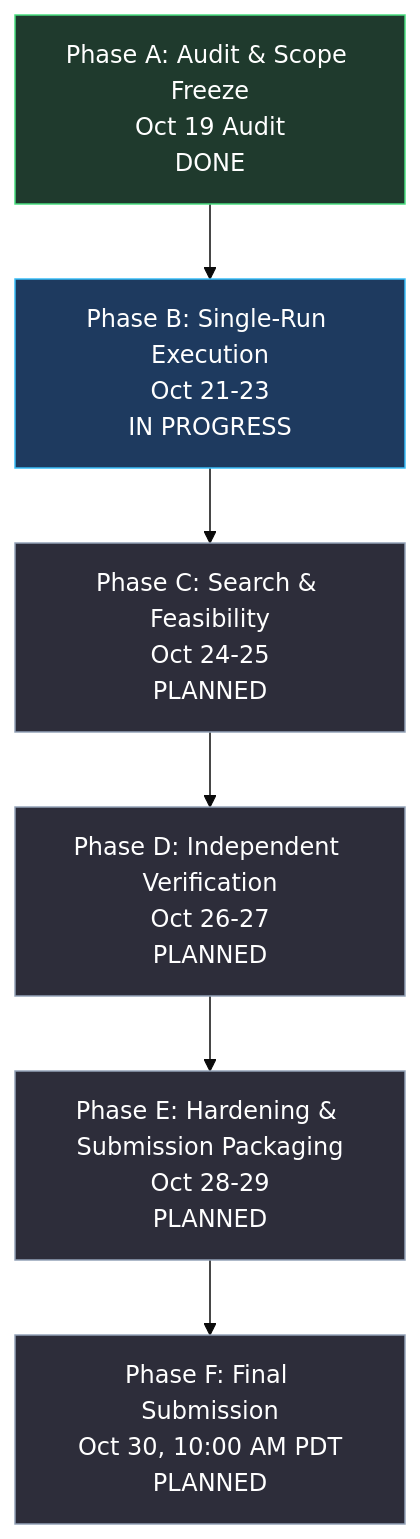
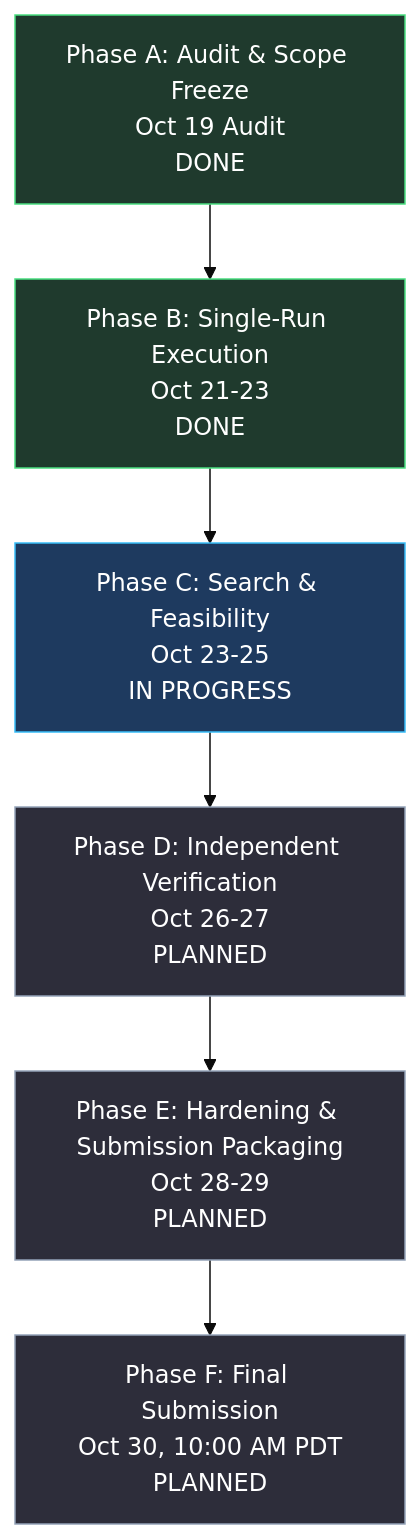
The diagram in ROADMAP.md (dev-paulrajdeep/slokern), drawn with Mermaid (base theme) before and after one commit. The commit also changed other lines of this file and 6 other files, not shown here.

````diff
--- a/ROADMAP.md
+++ b/ROADMAP.md
@@ -188,15 +187,15 @@
 ```mermaid
 flowchart TD
-    PhaseA[Phase A: Audit & Scope Freeze\nOct 19 Audit\nDONE] --> PhaseB[Phase B: Single-Run Execution\nOct 21-23\nIN PROGRESS]
-    PhaseB --> PhaseC[Phase C: Search & Feasibility\nOct 24-25\nPLANNED]
+    PhaseA[Phase A: Audit & Scope Freeze\nOct 19 Audit\nDONE] --> PhaseB[Phase B: Single-Run Execution\nOct 21-23\nDONE]
+    PhaseB --> PhaseC[Phase C: Search & Feasibility\nOct 23-25\nIN PROGRESS]
     PhaseC --> PhaseD[Phase D: Independent Verification\nOct 26-27\nPLANNED]
     PhaseD --> PhaseE[Phase E: Hardening & Submission Packaging\nOct 28-29\nPLANNED]
     PhaseE --> PhaseF[Phase F: Final Submission\nOct 30, 10:00 AM PDT\nPLANNED]
 
     classDef done fill:#1f3a2d,stroke:#4ade80,color:#fff;
     classDef inprog fill:#1e3a5f,stroke:#38bdf8,color:#fff;
     classDef planned fill:#2d2d3a,stroke:#94a3b8,color:#fff;
-    class PhaseA done;
-    class PhaseB inprog;
-    class PhaseC,PhaseD,PhaseE,PhaseF planned;
+    class PhaseA,PhaseB done;
+    class PhaseC inprog;
+    class PhaseD,PhaseE,PhaseF planned;
 ```
````
